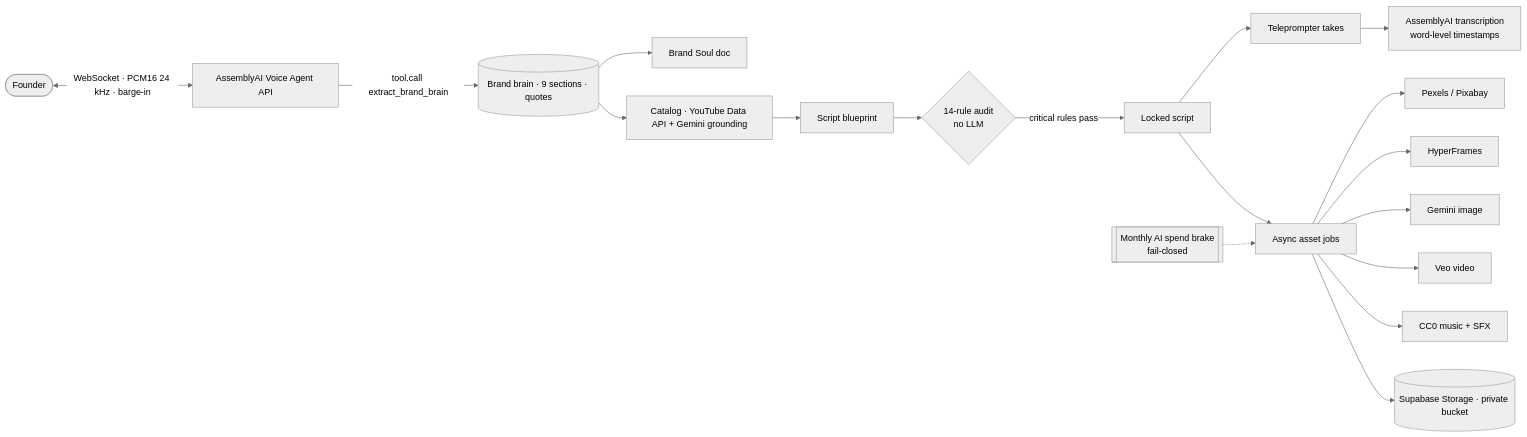
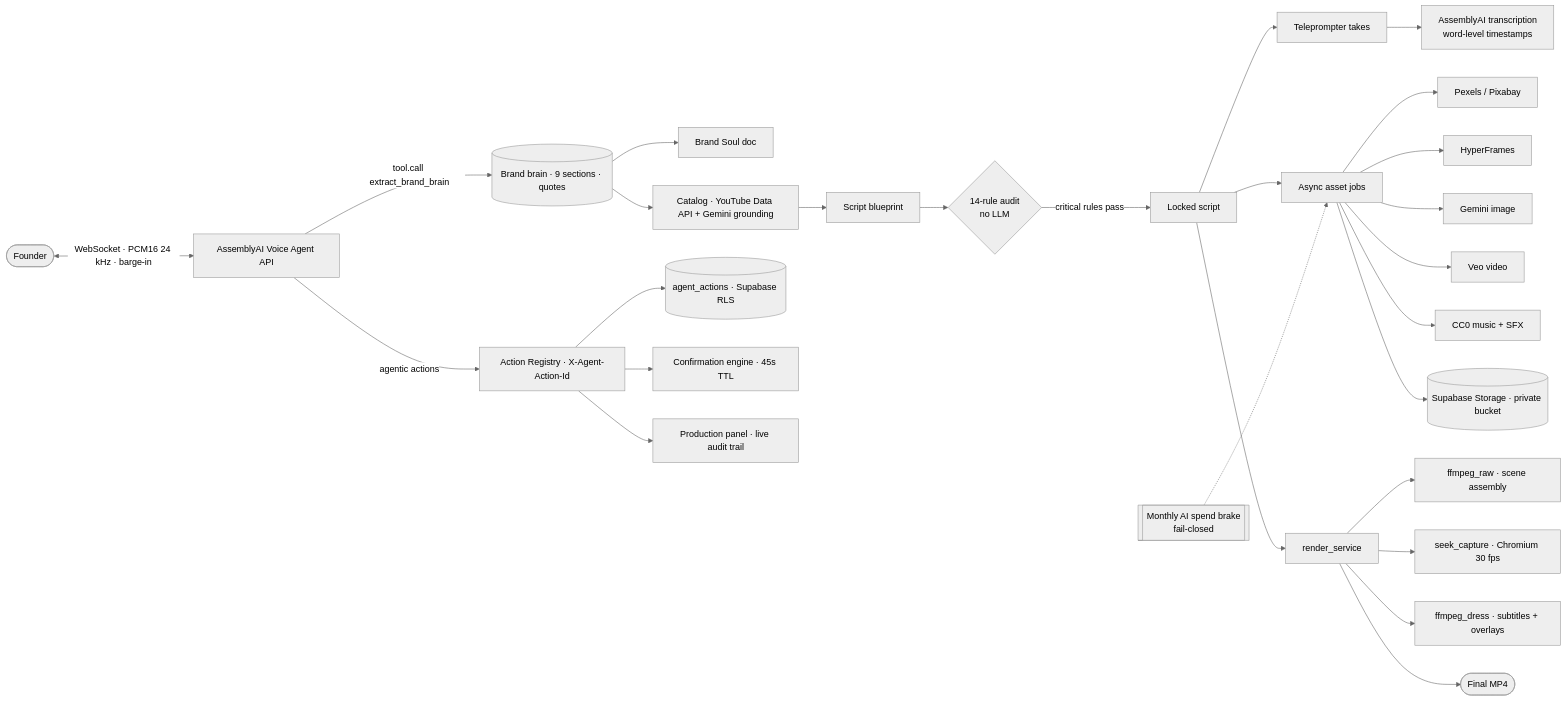
One commit to SingularityOS-AI/brand-studio-agent changed the diagram in README.md. Above: the diagram before and after it, drawn with Mermaid (neutral theme). The commit also changed other lines of this file, not shown here.

Commit message:
docs: update README — Tanda 3 complete, Editing + Agentic core shipped (11/24 pieces)

````diff
--- a/README.md
+++ b/README.md
@@ -71,19 +86,28 @@
 ```mermaid
 flowchart LR
     U([Founder]) <-->|WebSocket · PCM16 24 kHz · barge-in| VA[AssemblyAI Voice Agent API]
     VA -->|tool.call extract_brand_brain| BB[(Brand brain · 9 sections · quotes)]
     BB --> SOUL[Brand Soul doc]
     BB --> CAT[Catalog · YouTube Data API + Gemini grounding]
     CAT --> SCR[Script blueprint]
     SCR --> AUD{14-rule audit<br/>no LLM}
     AUD -->|critical rules pass| LOCK[Locked script]
     LOCK --> REC[Teleprompter takes] --> STT[AssemblyAI transcription<br/>word-level timestamps]
     LOCK --> JOBS[Async asset jobs]
     JOBS --> STK[Pexels / Pixabay]
     JOBS --> MG[HyperFrames]
     JOBS --> IMG[Gemini image]
     JOBS --> VEO[Veo video]
     JOBS --> MUS[CC0 music + SFX]
     GUARD[[Monthly AI spend brake<br/>fail-closed]] -.-> JOBS
     JOBS --> ST[(Supabase Storage · private bucket)]
+    LOCK --> RS[render_service]
+    RS --> RAW[ffmpeg_raw · scene assembly]
+    RS --> CAP[seek_capture · Chromium 30 fps]
+    RS --> DRESS[ffmpeg_dress · subtitles + overlays]
+    RS --> MP4([Final MP4])
+    VA -->|agentic actions| ACT[Action Registry · X-Agent-Action-Id]
+    ACT --> DB[(agent_actions · Supabase RLS)]
+    ACT --> CONF[Confirmation engine · 45s TTL]
+    ACT --> PP[Production panel · live audit trail]
 ```
````
